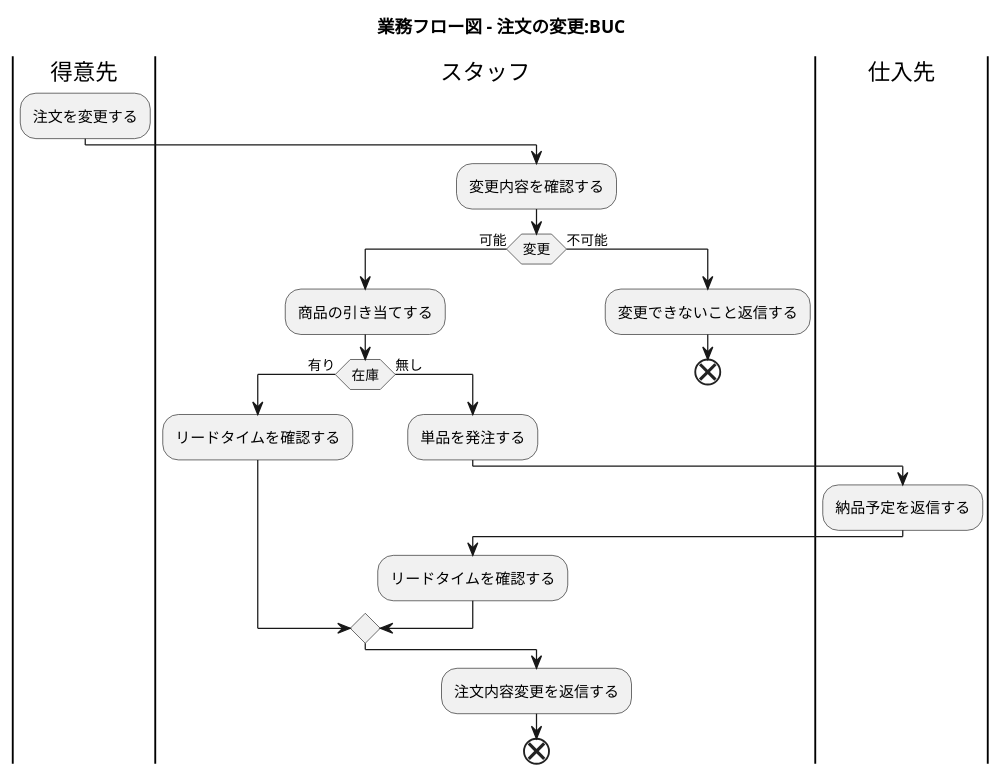
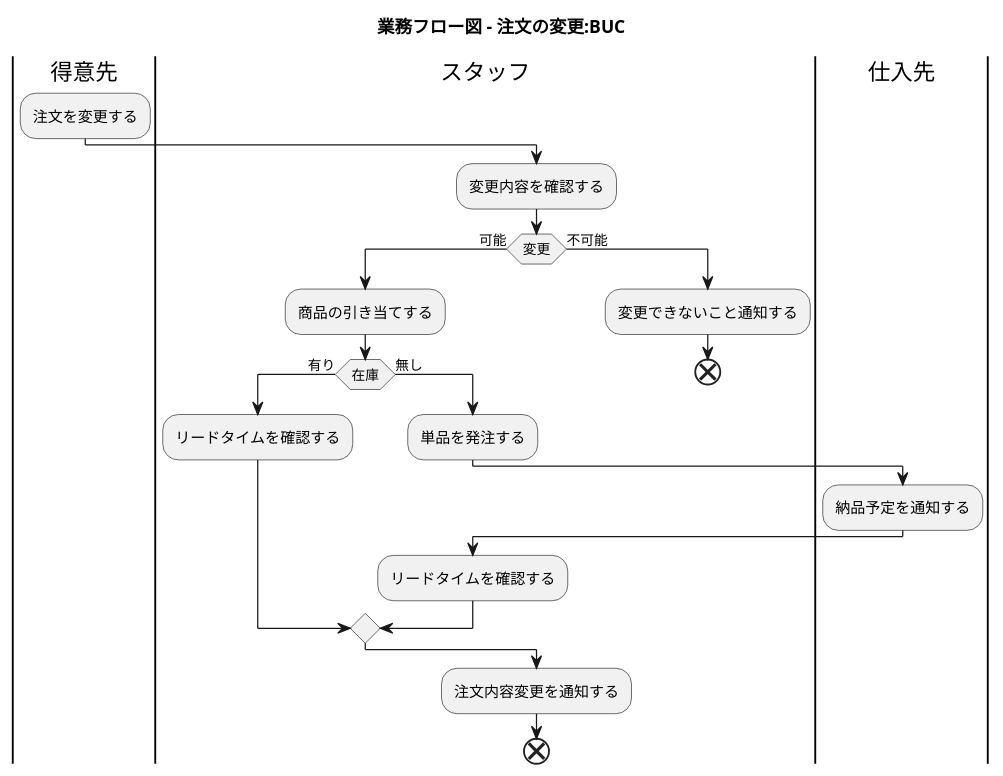
Diagram 11 of 28 in docs/index.adoc (k2works/application_programing_excercise_2022), drawn with PlantUML before and after one commit. The commit also changed other lines of this file, not shown here.

```diff
--- a/docs/index.adoc
+++ b/docs/index.adoc
@@ -395,32 +401,32 @@
 [plantuml]
 ----
 @startuml
 
 title 業務フロー図 - 注文の変更:BUC
 
 |得意先|
 :注文を変更する;
 
 |スタッフ|
 :変更内容を確認する;
 if (変更) then (可能)
  |スタッフ|
  :商品の引き当てする;
  if (在庫) then (有り)
   :リードタイムを確認する;
  else (無し)
   :単品を発注する;
   |仕入先|
-  :納品予定を返信する;
+  :納品予定を通知する;
   |スタッフ|
   :リードタイムを確認する;
  endif
 else (不可能)
- :変更できないこと返信する;
+ :変更できないこと通知する;
  end
 endif
-:注文内容変更を返信する;
+:注文内容変更を通知する;
 end
 
 @enduml
 ----
```
